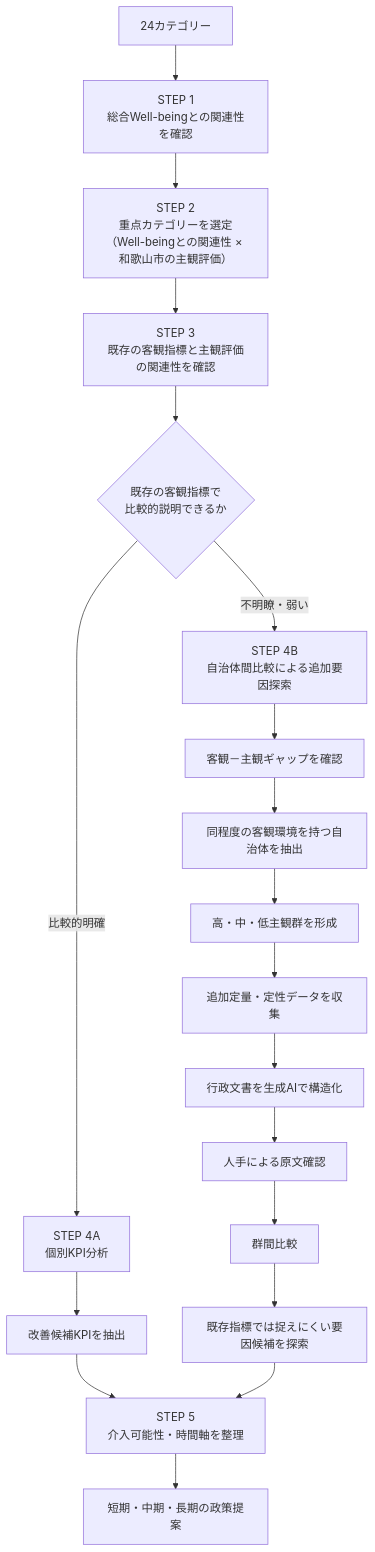
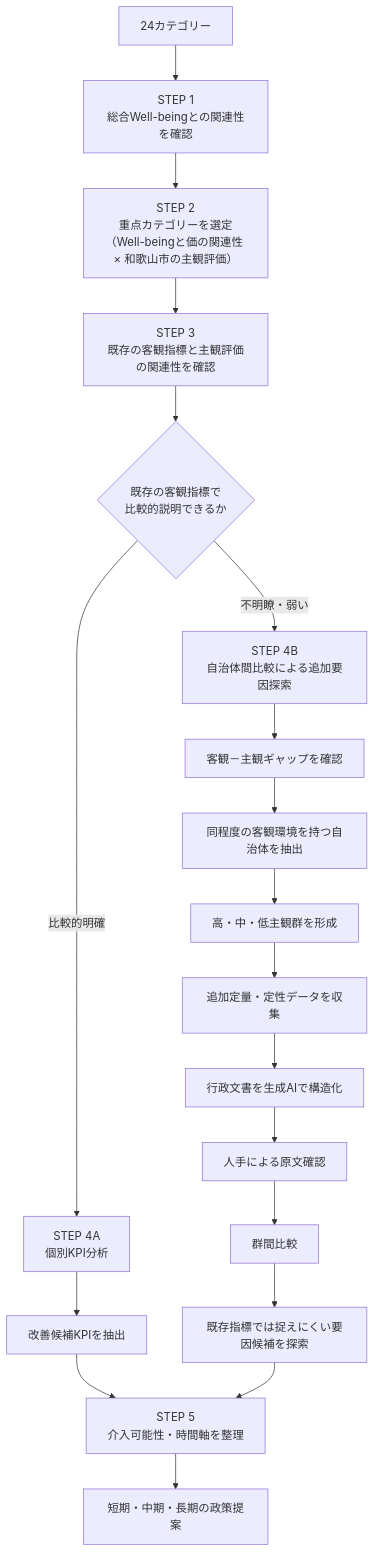
The diagram in Nishimura/docs/分析定義書.md (Keita062/wakayama_competition), drawn with Mermaid before and after one commit.

````diff
--- a/Nishimura/docs/分析定義書.md
+++ b/Nishimura/docs/分析定義書.md
@@ -85,26 +85,26 @@
 ```mermaid
 flowchart TD
     A["24カテゴリー"] --> B["STEP 1<br>総合Well-beingとの関連性を確認"]
-    B --> C["STEP 2<br>重点カテゴリーを選定<br>（Well-beingとの関連性 × 和歌山市の主観評価）"]
+    B --> C["STEP 2<br>重点カテゴリーを選定<br>（Well-beingと価の関連性 × 和歌山市の主観評価）"]
     C --> D["STEP 3<br>既存の客観指標と主観評価の関連性を確認"]
 
     D --> E{"既存の客観指標で<br>比較的説明できるか"}
 
     E -->|比較的明確| F["STEP 4A<br>個別KPI分析"]
     F --> G["改善候補KPIを抽出"]
 
     E -->|不明瞭・弱い| H["STEP 4B<br>自治体間比較による追加要因探索"]
     H --> I["客観－主観ギャップを確認"]
     I --> J["同程度の客観環境を持つ自治体を抽出"]
     J --> K["高・中・低主観群を形成"]
     K --> L["追加定量・定性データを収集"]
     L --> M["行政文書を生成AIで構造化"]
     M --> N["人手による原文確認"]
     N --> O["群間比較"]
     O --> P["既存指標では捉えにくい要因候補を探索"]
 
     G --> Q["STEP 5<br>介入可能性・時間軸を整理"]
     P --> Q
 
     Q --> R["短期・中期・長期の政策提案"]
 ```
````
